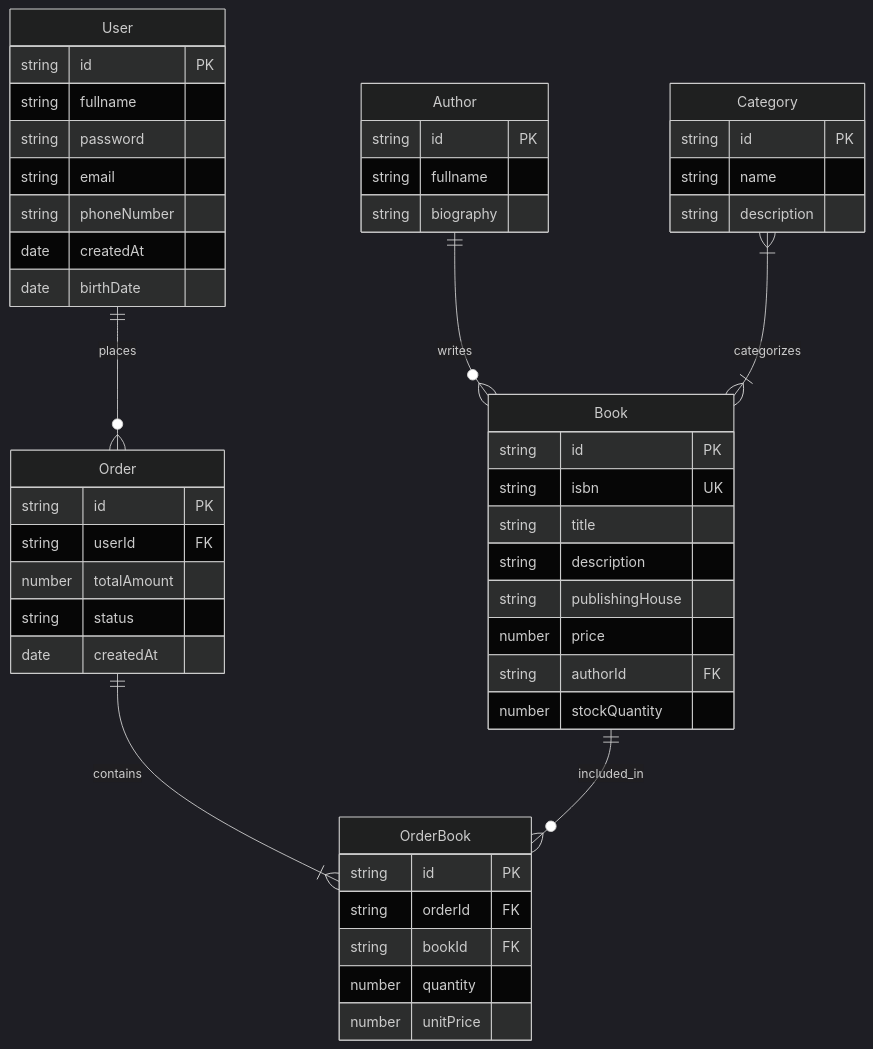
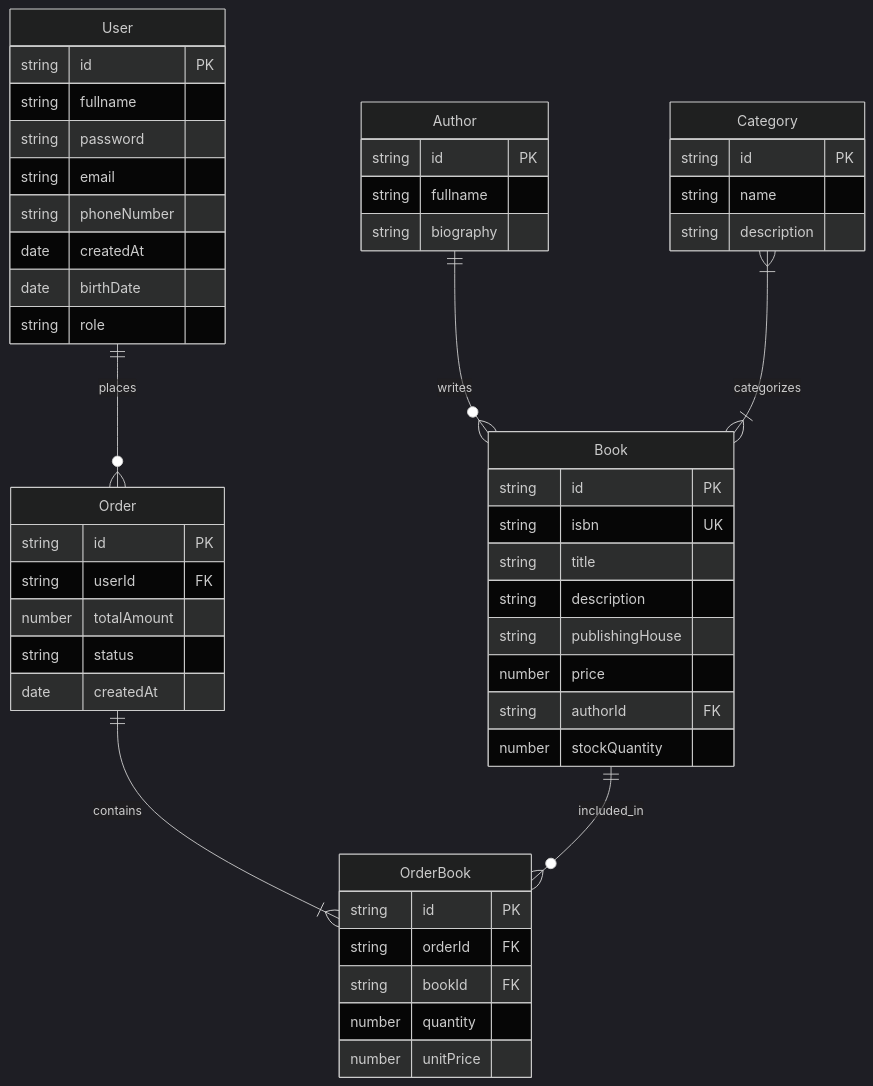
The diagram in lab1/model.mmd (wameny/KPI2year), drawn with Mermaid (dark theme) before and after one commit. The commit also changed 1 other file, not shown here.

Commit message:
added role field to User in lab1 spec

```diff
--- a/lab1/model.mmd
+++ b/lab1/model.mmd
@@ -1,55 +1,56 @@
 erDiagram
     User ||--o{ Order : "places"
     Author ||--o{ Book : "writes"
     Category }|--|{ Book : "categorizes"
     Order ||--|{ OrderBook : "contains"
     Book ||--o{ OrderBook : "included_in"
 
     User {
         string id PK
         string fullname
         string password
         string email
         string phoneNumber
         date createdAt
         date birthDate
+        string role
     }
 
     Category {
         string id PK
         string name
         string description
     }
 
     Author {
         string id PK
         string fullname
         string biography
     }
 
     Book {
         string id PK
         string isbn UK
         string title
         string description
         string publishingHouse
         number price
         string authorId FK
         number stockQuantity
     }
 
     Order {
         string id PK
         string userId FK
         number totalAmount
         string status
         date createdAt
     }
 
     OrderBook {
         string id PK
         string orderId FK
         string bookId FK
         number quantity
         number unitPrice
     }
```
